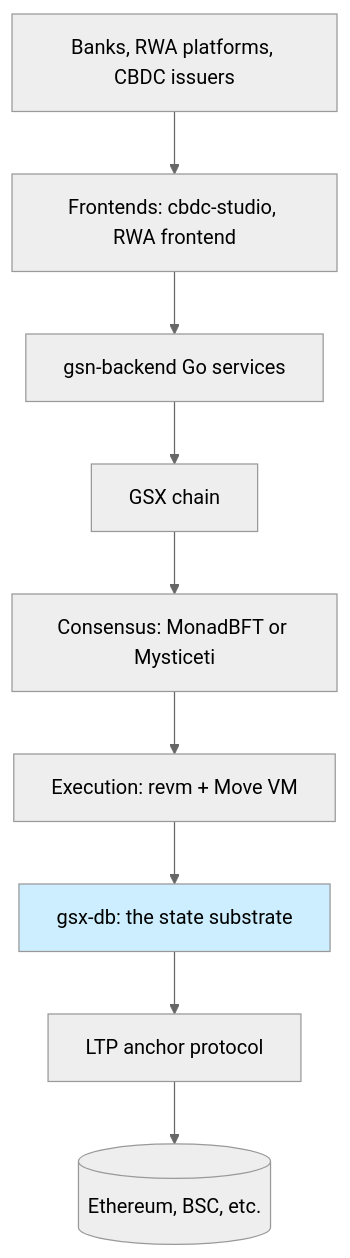
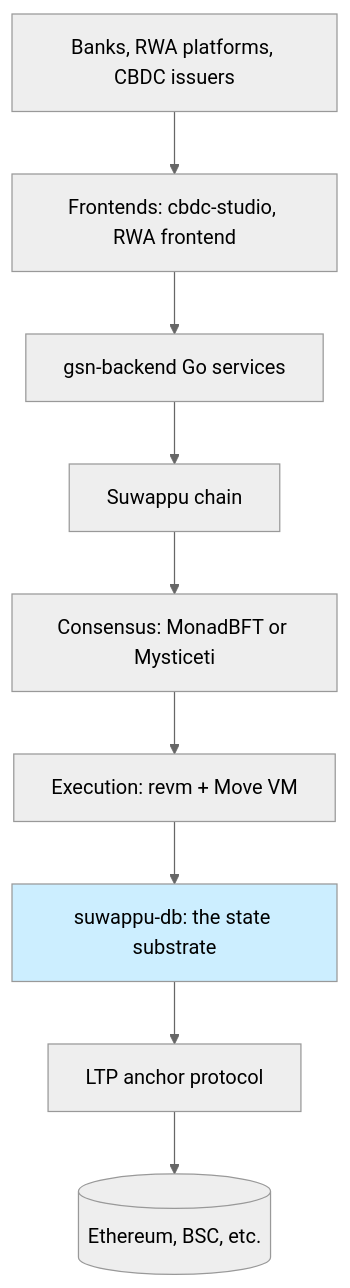
Before and after one commit to Suwappu-Labs/suwappu-db: the sixth of 6 diagrams in docs/EXPLAINER.md, drawn with Mermaid (neutral theme). The commit also changed other lines of this file and 232 other files, not shown here.

First line of the commit message:
chore: rebrand gsx-db -> suwappu-db (crates, code, docs)

````diff
--- a/docs/EXPLAINER.md
+++ b/docs/EXPLAINER.md
@@ -227,18 +227,18 @@
 ```mermaid
 flowchart TB
     Users[Banks, RWA platforms, CBDC issuers]
     Apps[Frontends: cbdc-studio, RWA frontend]
     Backend[gsn-backend Go services]
-    GSX[GSX chain]
+    Suwappu[Suwappu chain]
     Cons[Consensus: MonadBFT or Mysticeti]
     Exec[Execution: revm + Move VM]
-    DB[gsx-db: the state substrate]
+    DB[suwappu-db: the state substrate]
     Anchor[LTP anchor protocol]
     L1s[(Ethereum, BSC, etc.)]
 
-    Users --> Apps --> Backend --> GSX
-    GSX --> Cons --> Exec --> DB
+    Users --> Apps --> Backend --> Suwappu
+    Suwappu --> Cons --> Exec --> DB
     DB --> Anchor --> L1s
 
     style DB fill:#cef
 ```
````
